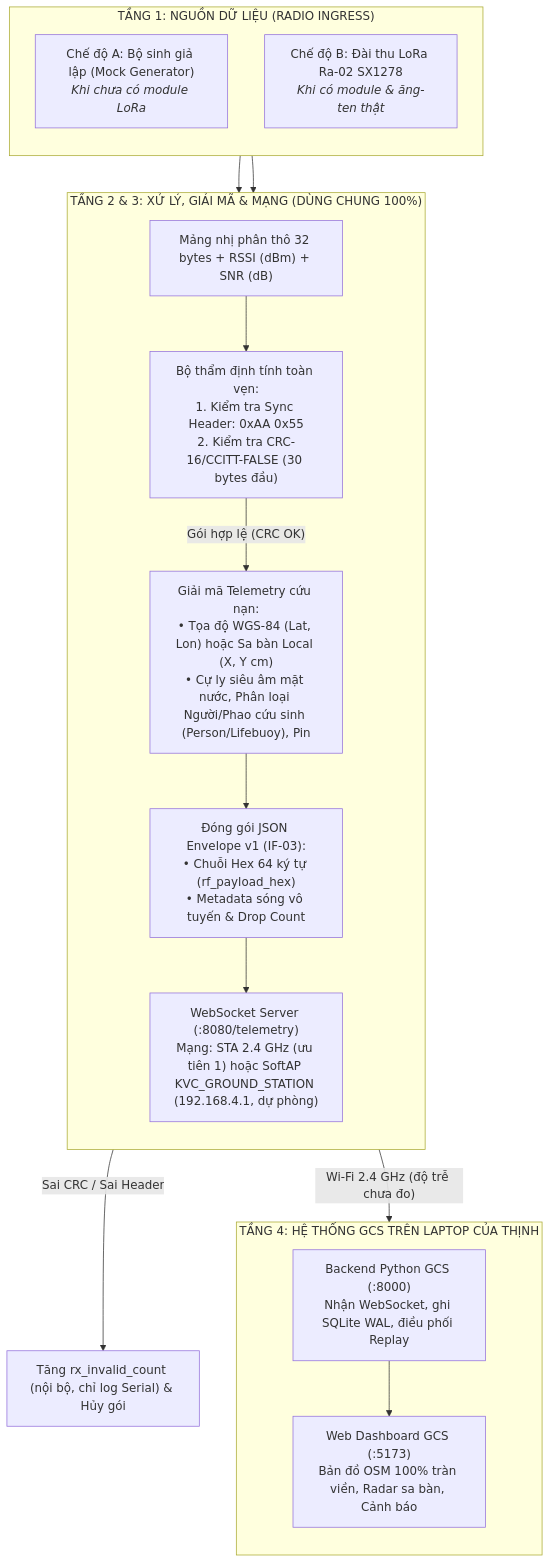
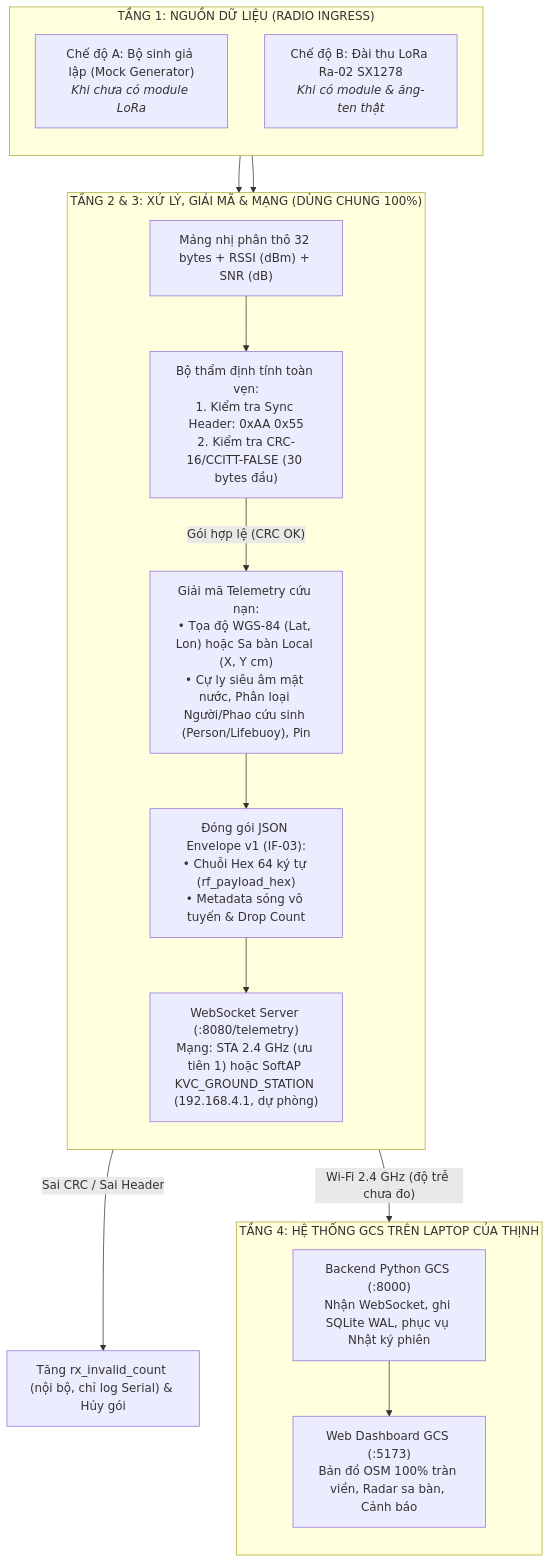
One commit to duyphong375/uav_payload changed the diagram in docs/verification/GATEWAY_TEST_PLAN.md. Above: the diagram before and after it, drawn with Mermaid. The commit also changed other lines of this file and 50 other files, not shown here.

````diff
--- a/docs/verification/GATEWAY_TEST_PLAN.md
+++ b/docs/verification/GATEWAY_TEST_PLAN.md
@@ -17,33 +17,33 @@
 ```mermaid
 flowchart TD
     subgraph INGRESS_LAYER ["TẦNG 1: NGUỒN DỮ LIỆU (RADIO INGRESS)"]
         direction TB
         MOCK_SRC["Chế độ A: Bộ sinh giả lập (Mock Generator)<br/><i>Khi chưa có module LoRa</i>"]
         LORA_SRC["Chế độ B: Đài thu LoRa Ra-02 SX1278<br/><i>Khi có module & ăng-ten thật</i>"]
     end
 
     subgraph PIPELINE_CORE ["TẦNG 2 & 3: XỬ LÝ, GIẢI MÃ & MẠNG (DÙNG CHUNG 100%)"]
         direction TB
         HAL_OUT["Mảng nhị phân thô 32 bytes + RSSI (dBm) + SNR (dB)"]
         VALIDATOR["Bộ thẩm định tính toàn vẹn:<br/>1. Kiểm tra Sync Header: 0xAA 0x55<br/>2. Kiểm tra CRC-16/CCITT-FALSE (30 bytes đầu)"]
         PARSER["Giải mã Telemetry cứu nạn:<br/>• Tọa độ WGS-84 (Lat, Lon) hoặc Sa bàn Local (X, Y cm)<br/>• Cự ly siêu âm mặt nước, Phân loại Người/Phao cứu sinh (Person/Lifebuoy), Pin"]
         JSON_PACK["Đóng gói JSON Envelope v1 (IF-03):<br/>• Chuỗi Hex 64 ký tự (rf_payload_hex)<br/>• Metadata sóng vô tuyến & Drop Count"]
         WS_SRV["WebSocket Server (:8080/telemetry)<br/>Mạng: STA 2.4 GHz (ưu tiên 1) hoặc SoftAP KVC_GROUND_STATION (192.168.4.1, dự phòng)"]
     end
 
     subgraph GCS_LAPTOP ["TẦNG 4: HỆ THỐNG GCS TRÊN LAPTOP CỦA THỊNH"]
         direction TB
-        BACKEND["Backend Python GCS (:8000)<br/>Nhận WebSocket, ghi SQLite WAL, điều phối Replay"]
+        BACKEND["Backend Python GCS (:8000)<br/>Nhận WebSocket, ghi SQLite WAL, phục vụ Nhật ký phiên"]
         FRONTEND["Web Dashboard GCS (:5173)<br/>Bản đồ OSM 100% tràn viền, Radar sa bàn, Cảnh báo"]
     end
 
     MOCK_SRC --> HAL_OUT
     LORA_SRC --> HAL_OUT
     HAL_OUT --> VALIDATOR
     VALIDATOR -- "Gói hợp lệ (CRC OK)" --> PARSER
     VALIDATOR -- "Sai CRC / Sai Header" --> DROP["Tăng rx_invalid_count (nội bộ, chỉ log Serial) & Hủy gói"]
     PARSER --> JSON_PACK
     JSON_PACK --> WS_SRV
     WS_SRV -- "Wi-Fi 2.4 GHz (độ trễ chưa đo)" --> BACKEND
     BACKEND --> FRONTEND
 ```
````
